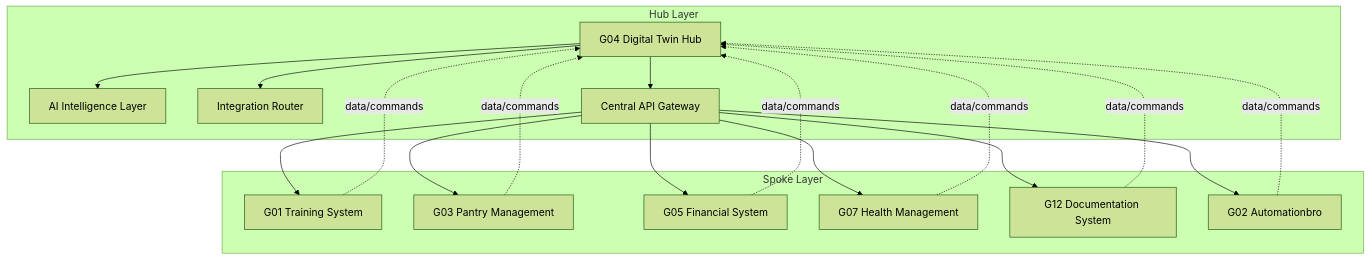
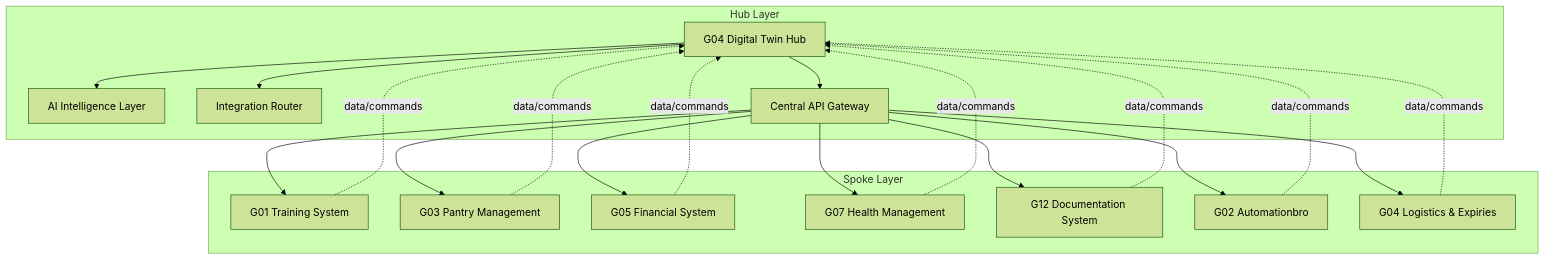
Before and after one commit to brostudiodev/autonomous-living-architecture: the diagram in docs/60_Decisions_adrs/Adr-0010-Hub-and-Spoke-Integration.md, drawn with Mermaid (forest theme). The commit also changed 459 other files, not shown here.

Commit message:
docs: synchronized and sanitized architecture blueprint

````diff
--- a/docs/60_Decisions_adrs/Adr-0010-Hub-and-Spoke-Integration.md
+++ b/docs/60_Decisions_adrs/Adr-0010-Hub-and-Spoke-Integration.md
@@ -38,39 +38,42 @@
 ```mermaid
 graph TB
     subgraph "Hub Layer"
         G04[G04 Digital Twin Hub]
         AI[AI Intelligence Layer]
         ROUTER[Integration Router]
         API[Central API Gateway]
     end
     
     subgraph "Spoke Layer"
         G01[G01 Training System]
         G03[G03 Pantry Management]
         G05[G05 Financial System]
         G07[G07 Health Management]
         G12[G12 Documentation System]
         G02[G02 Automationbro]
+        LOG[G04 Logistics & Expiries]
     end
     
     %% Hub to Spokes Connections
     G01 -.->|data/commands| G04
     G03 -.->|data/commands| G04
     G05 -.->|data/commands| G04
     G07 -.->|data/commands| G04
     G12 -.->|data/commands| G04
     G02 -.->|data/commands| G04
+    LOG -.->|data/commands| G04
     
     %% Hub Internal
     G04 --> AI
     G04 --> ROUTER
     G04 --> API
     
     %% API Gateway to Spokes
     API --> G01
     API --> G03
     API --> G05
     API --> G07
     API --> G12
     API --> G02
+    API --> LOG
 ```
````
